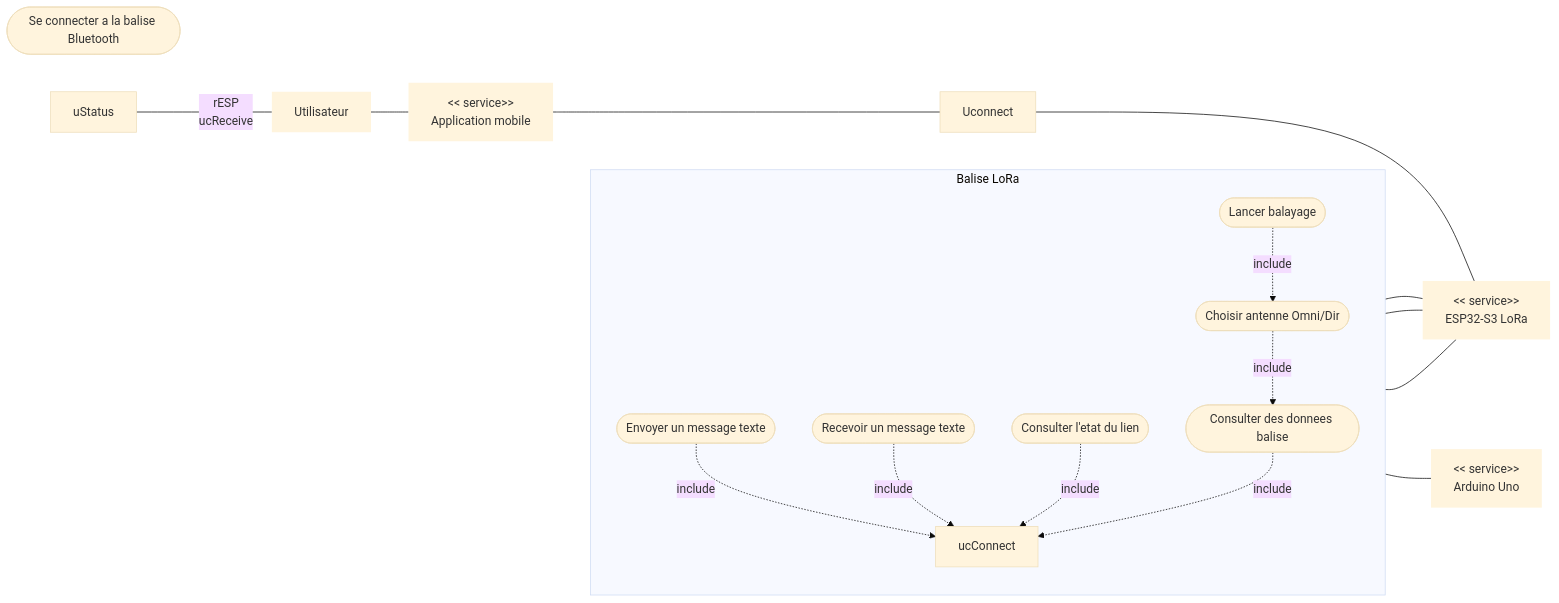
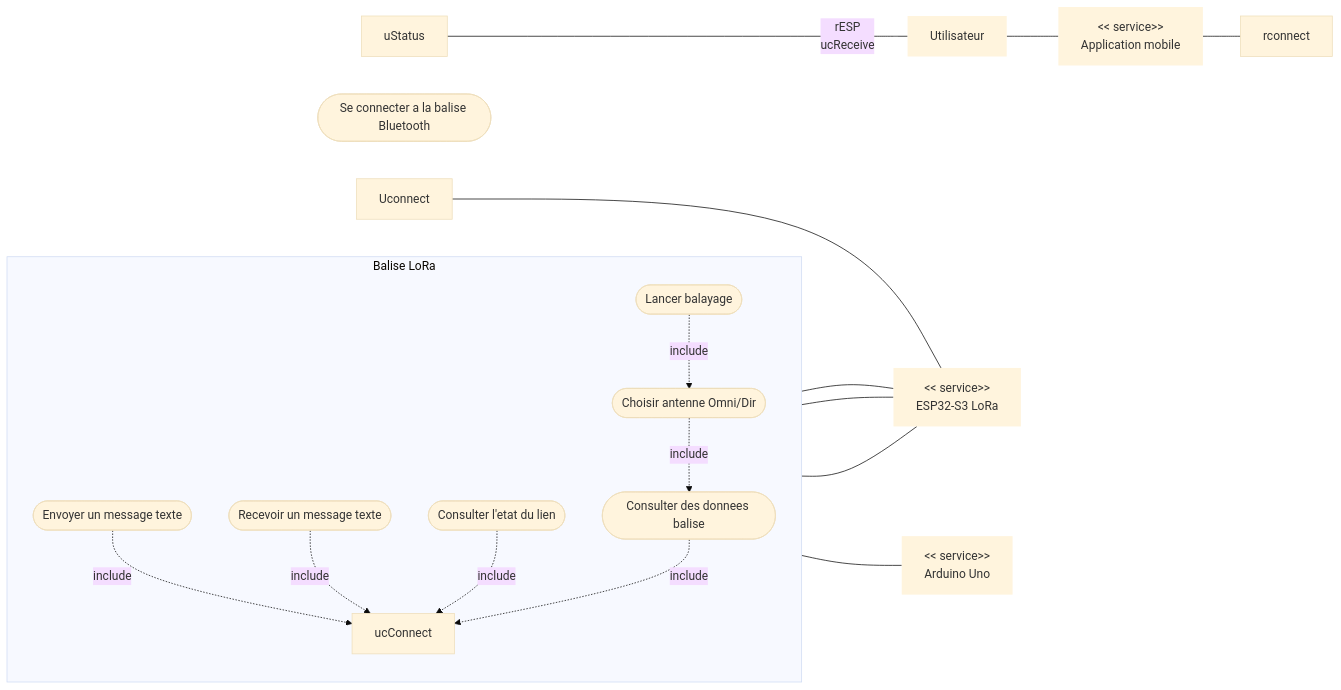
Before and after one commit to SHU445/Projet-LoRa-72h: the first of 7 diagrams in Diagrammes_SysML_Projet_LoRa.md, drawn with Mermaid (base theme).

Commit message:
"CorrectUseCase2.2"

````diff
--- a/Diagrammes_SysML_Projet_LoRa.md
+++ b/Diagrammes_SysML_Projet_LoRa.md
@@ -12,40 +12,40 @@
 ```mermaid
 flowchart LR
   rU["Utilisateur"]:::role
   rAPP["<< service>>\nApplication mobile"]:::role
   rESP["<< service>>\nESP32-S3 LoRa"]:::role
   rARD["<< service>>\nArduino Uno"]:::role
   rConnect([Se connecter a la balise Bluetooth])
 
   subgraph S["Balise LoRa"]
     direction TB
     ucSend([Envoyer un message texte])
     ucReceive([Recevoir un message texte])
     ucStatus([Consulter l'etat du lien])
     ucData([Consulter des donnees balise])
     ucSelectAntenna([Choisir antenne Omni/Dir])
     ucScan([Lancer balayage])
 
     ucSend -. include .-> ucConnect
     ucReceive -. include .-> ucConnect
     ucStatus -. include .-> ucConnect
     ucData -. include .-> ucConnect
     ucSelectAntenna -. include .-> ucData
     ucScan -. include .-> ucSelectAntenna
   end
 
   rU --- rAPP
-  rAPP --- Uconnect
+  rAPP --- rconnect
   Uconnect --- rESP
 
   ucSend --- rESP
   uStatus --rESP
   ucReceive --- rU
   ucData --- rESP
   ucSelectAntenna --- rESP
 
 
   ucScan --- rARD
 
   classDef role stroke-width:0px;
 ```
````
